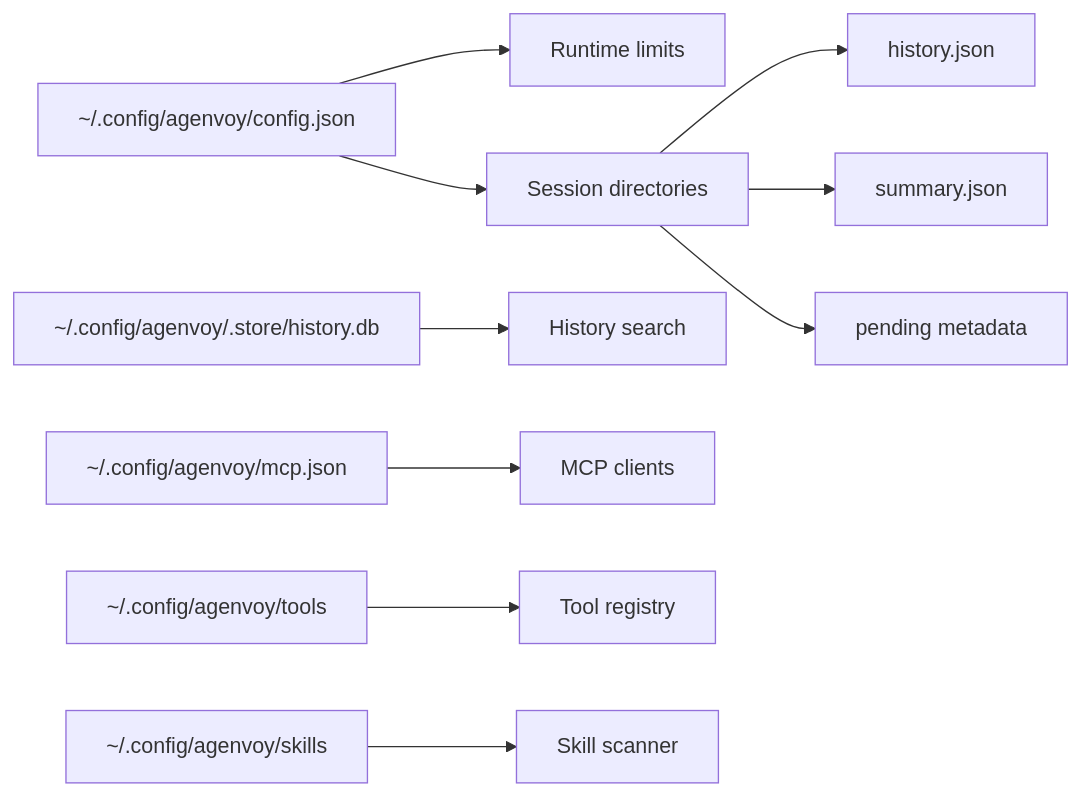
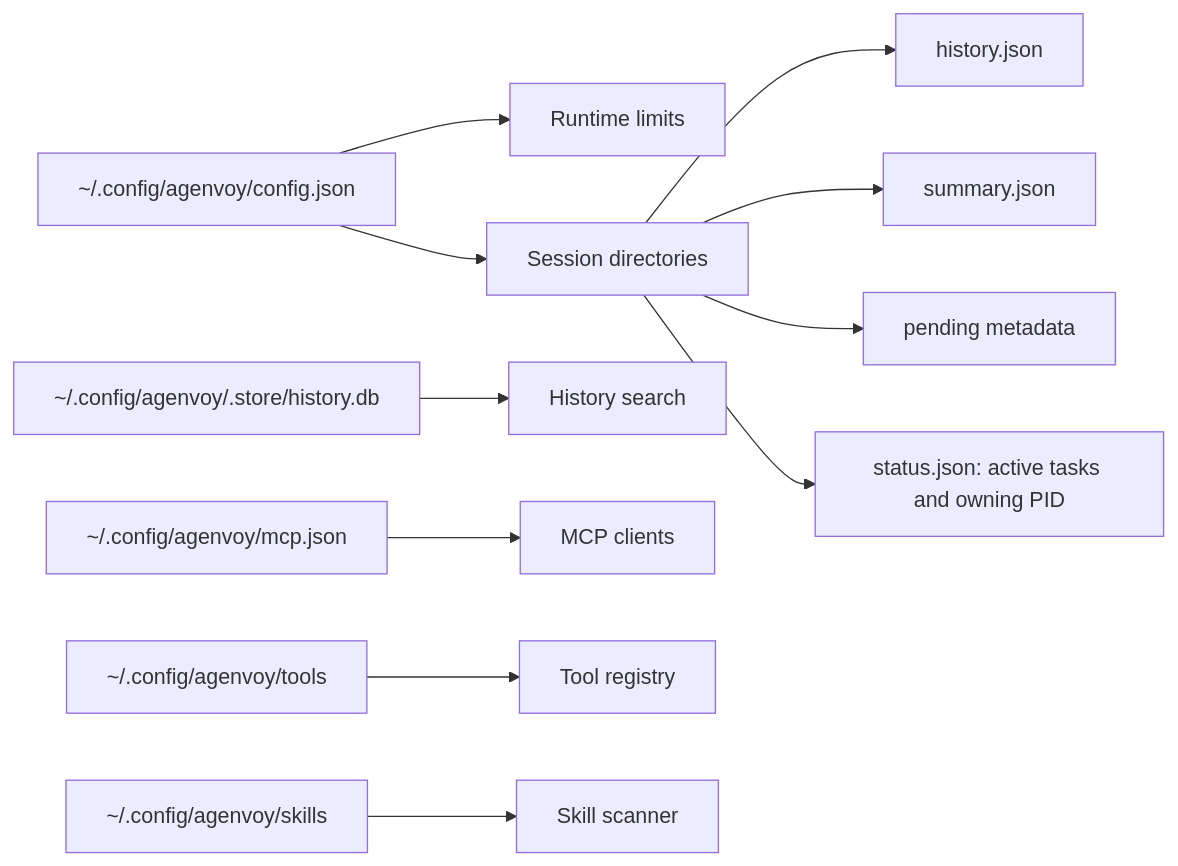
Before and after one commit to agenvoy/Agenvoy: diagram 11 of 11 in doc/architecture.md, drawn with Mermaid. The commit also changed other lines of this file and 3 other files, not shown here.

````diff
--- a/doc/architecture.md
+++ b/doc/architecture.md
@@ -217,12 +249,13 @@
 ```mermaid
 flowchart LR
     Config[~/.config/agenvoy/config.json] --> Limits[Runtime limits]
     Config --> Sessions[Session directories]
     Sessions --> History[history.json]
     Sessions --> Summary[summary.json]
     Sessions --> Pending[pending metadata]
+    Sessions --> Status[status.json: active tasks and owning PID]
     SQLite[~/.config/agenvoy/.store/history.db] --> Search[History search]
     MCP[~/.config/agenvoy/mcp.json] --> MCPClients[MCP clients]
     Tools[~/.config/agenvoy/tools] --> Registry[Tool registry]
     Skills[~/.config/agenvoy/skills] --> Scanner[Skill scanner]
 ```
````
